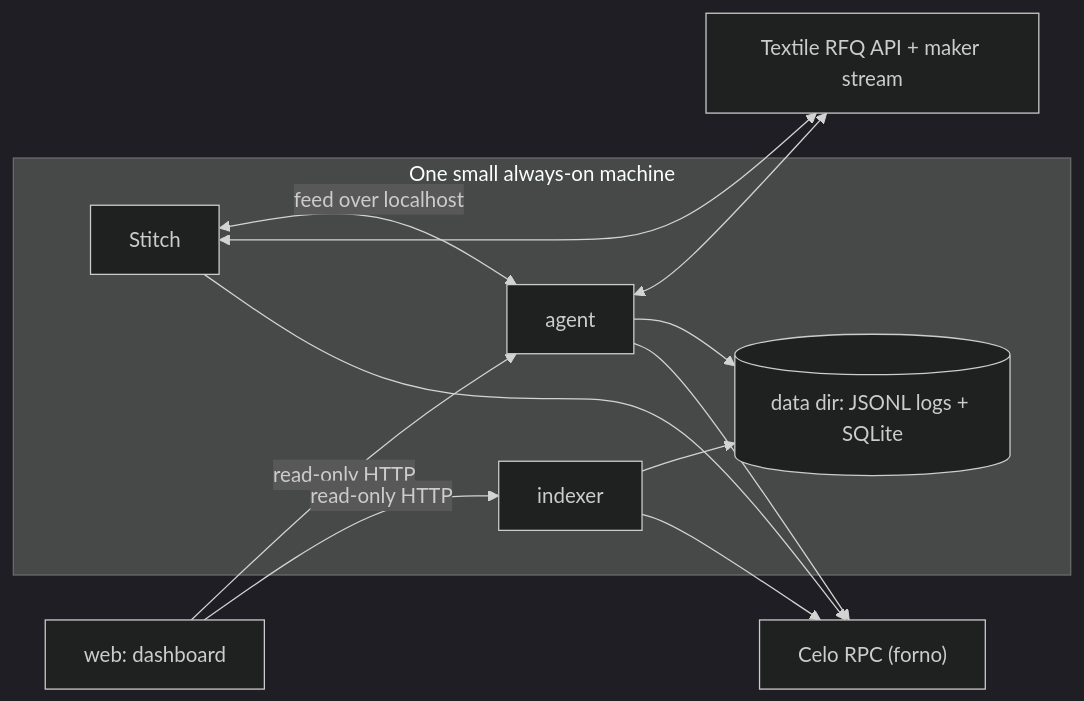
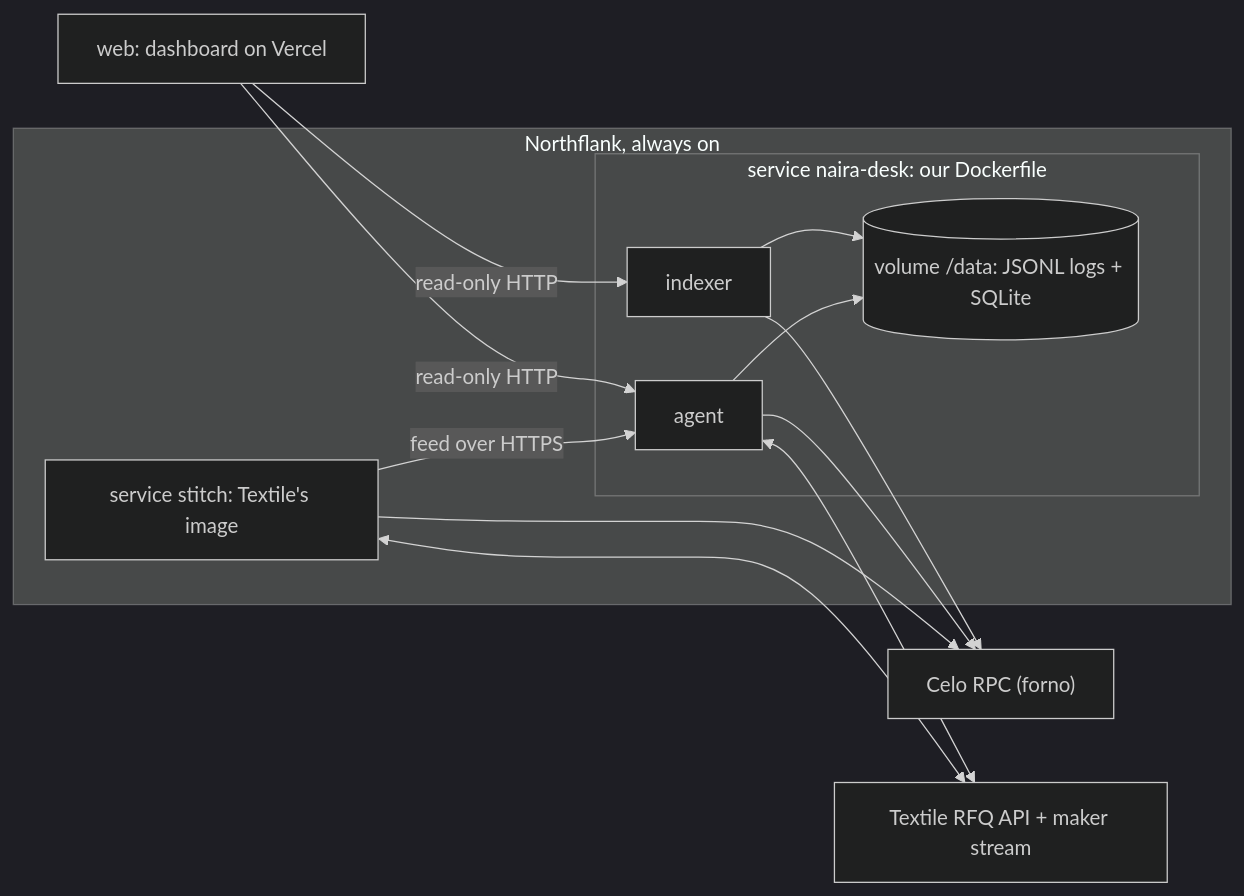
The third of 11 diagrams in docs/ARCHITECTURE.md (Kanasjnr/naira-desk), drawn with Mermaid (dark theme) before and after one commit. The commit also changed other lines of this file and 1 other file, not shown here.

Commit message:
docs: Stitch runs hosted and quotes off the agent's feed

````diff
--- a/docs/ARCHITECTURE.md
+++ b/docs/ARCHITECTURE.md
@@ -174,22 +174,24 @@
 ```mermaid
 flowchart LR
-  subgraph VM["One small always-on machine"]
-    STI["Stitch"]
-    AGT["agent"]
-    IDXR["indexer"]
-    DB[("data dir: JSONL logs + SQLite")]
+  subgraph NF["Northflank, always on"]
+    subgraph DESK["service naira-desk: our Dockerfile"]
+      AGT["agent"]
+      IDXR["indexer"]
+      DB[("volume /data: JSONL logs + SQLite")]
+    end
+    STI["service stitch: Textile's image"]
   end
-  WEB["web: dashboard"]
+  WEB["web: dashboard on Vercel"]
   RPC["Celo RPC (forno)"]
   TEX["Textile RFQ API + maker stream"]
-  STI <-->|feed over localhost| AGT
+  STI -->|"feed over HTTPS"| AGT
   STI <--> TEX
   AGT <--> TEX
   AGT --> DB
   IDXR --> DB
   AGT --> RPC
   IDXR --> RPC
   STI --> RPC
   WEB -->|read-only HTTP| AGT
   WEB -->|read-only HTTP| IDXR
 ```
````
